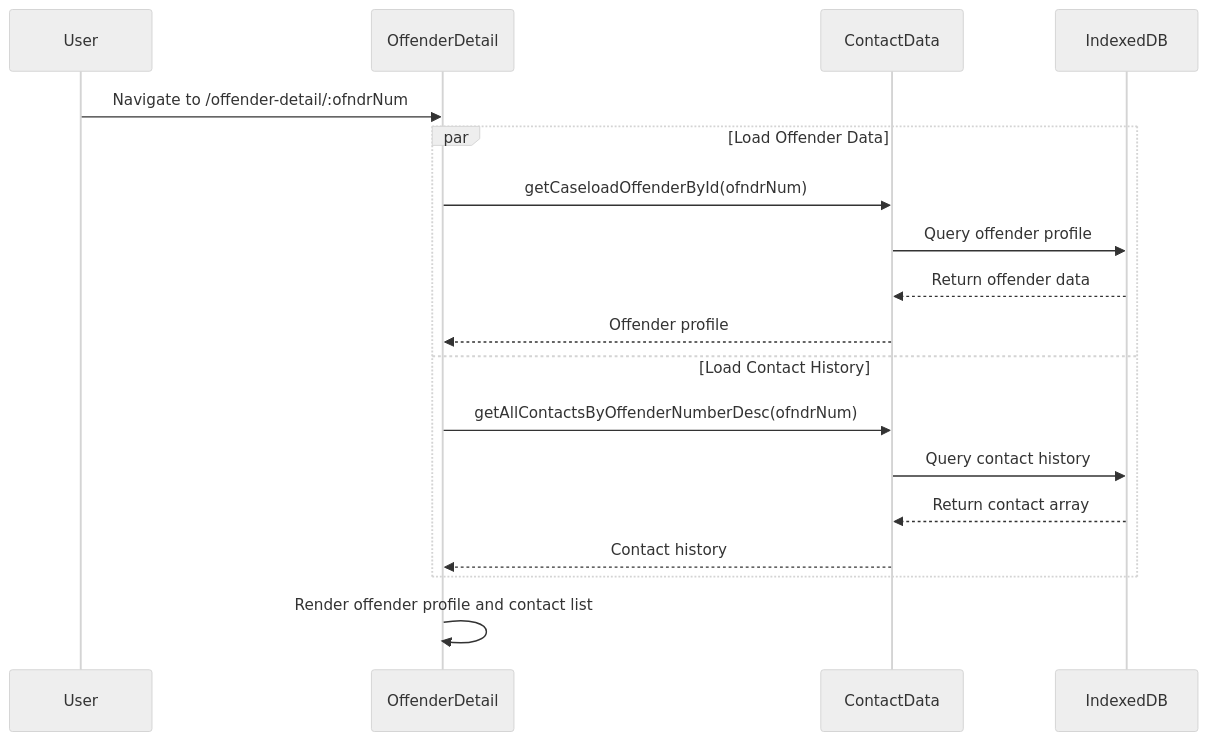
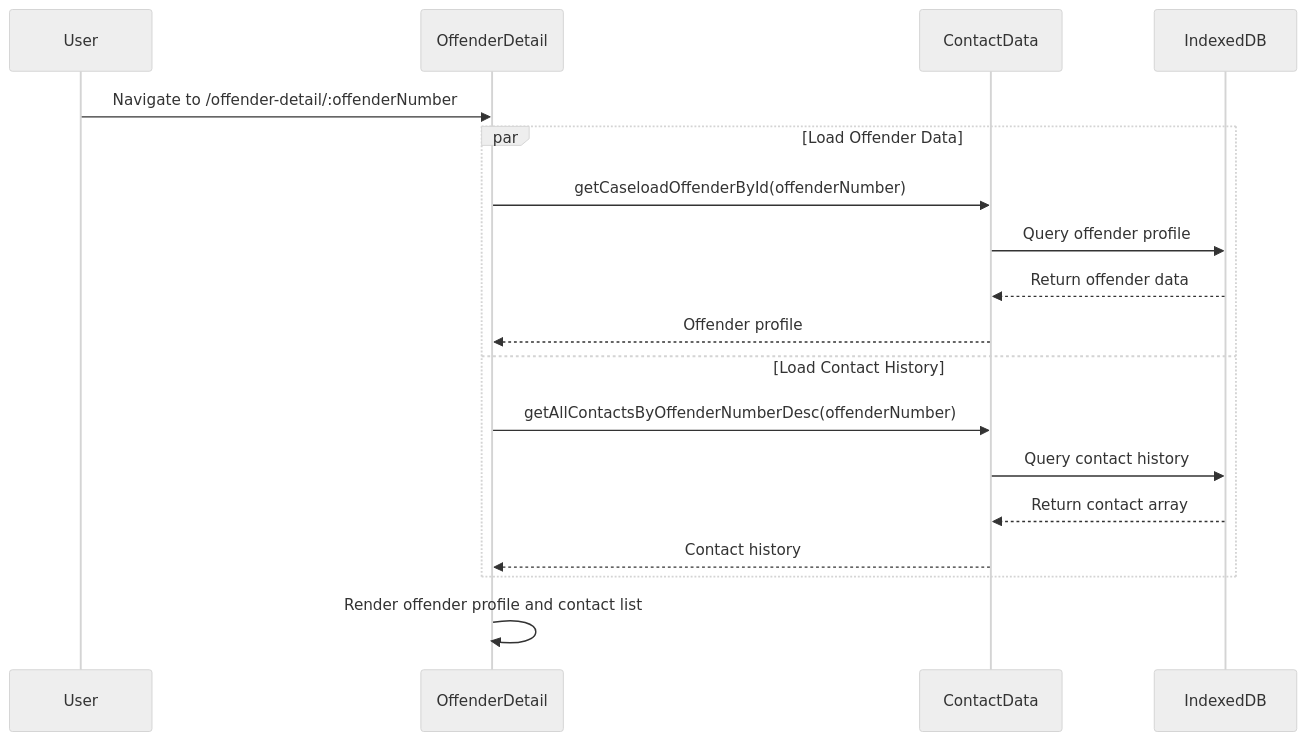
The third of 3 diagrams in README.md (ut-udc/ut-udc-apnp-field_contact), drawn with Mermaid (neutral theme) before and after one commit. The commit also changed other lines of this file and 27 other files, not shown here.

````diff
--- a/README.md
+++ b/README.md
@@ -280,23 +280,23 @@
 ```mermaid
 sequenceDiagram
     participant U as User
     participant OD as OffenderDetail
     participant CD as ContactData
     participant DB as IndexedDB
 
-    U->>OD: Navigate to /offender-detail/:ofndrNum
+    U->>OD: Navigate to /offender-detail/:offenderNumber
 
     par Load Offender Data
-        OD->>CD: getCaseloadOffenderById(ofndrNum)
+        OD->>CD: getCaseloadOffenderById(offenderNumber)
         CD->>DB: Query offender profile
         DB-->>CD: Return offender data
         CD-->>OD: Offender profile
     and Load Contact History
-        OD->>CD: getAllContactsByOffenderNumberDesc(ofndrNum)
+        OD->>CD: getAllContactsByOffenderNumberDesc(offenderNumber)
         CD->>DB: Query contact history
         DB-->>CD: Return contact array
         CD-->>OD: Contact history
     end
 
     OD->>OD: Render offender profile and contact list
 ```
````
